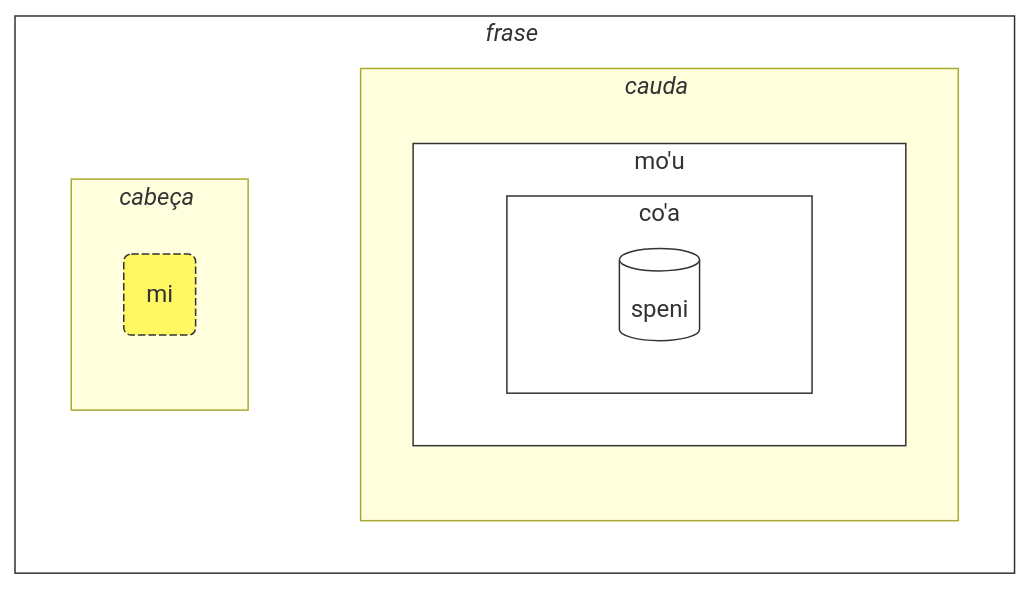
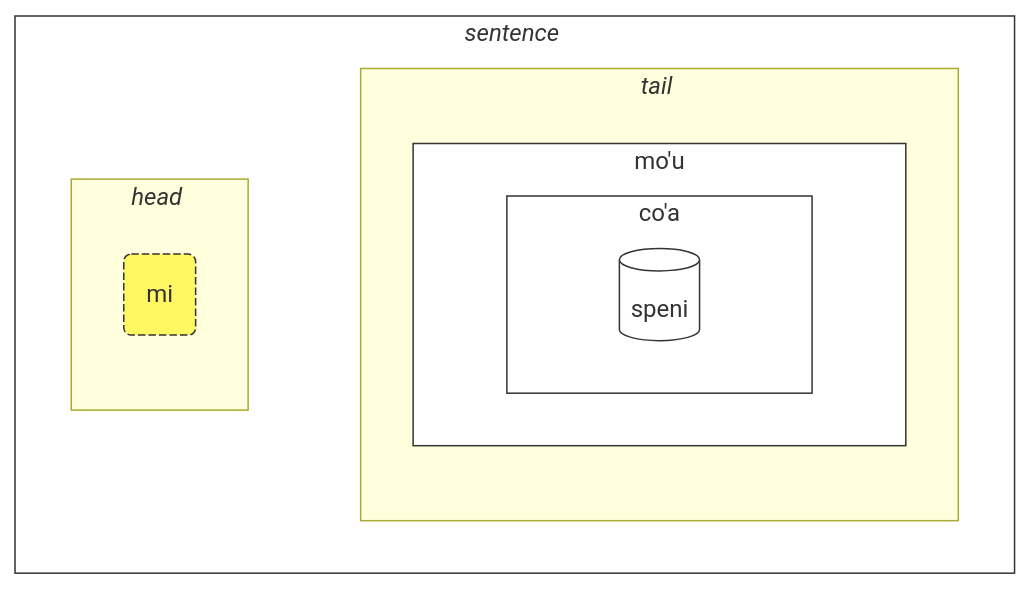
The second of 2 diagrams in data/pages/pt/books/learn-lojban/!2.md (La-Lojban/lojban.pw), drawn with Mermaid before and after one commit. The commit also changed other lines of this file and 26 other files, not shown here.

````diff
--- a/data/pages/pt/books/learn-lojban/!2.md
+++ b/data/pages/pt/books/learn-lojban/!2.md
@@ -1488,32 +1943,32 @@
 ```mermaid
 flowchart LR
     %% common structure:
-    subgraph sentence["<i>frase</i>#nbsp;"]
+    subgraph sentence["<i>sentence</i>#nbsp;"]
         direction LR
         head-terms
         tail
     end
     head-terms ~~~ tail
-    subgraph head-terms["<i>cabeça</i>#nbsp;"]
+    subgraph head-terms["<i>head</i>#nbsp;"]
         t1
     end
-    subgraph tail["<i>cauda</i>#nbsp;"]
+    subgraph tail["<i>tail</i>#nbsp;"]
         subgraph m1["mo'u"]
             subgraph m2["co'a"]
                 brivla
             end
         end
     end
 
     t1(mi)
     brivla[(speni)]
 
     classDef blabi fill:#fff,stroke:#333;
     class m1 blabi;
     class m2 blabi;
     class sentence blabi;
 
     classDef x fill:#FFF863,stroke:#333,stroke-width:1px,stroke-dasharray: 5 2;
     class t1 x;
     class brivla blabi;
 ```
````
